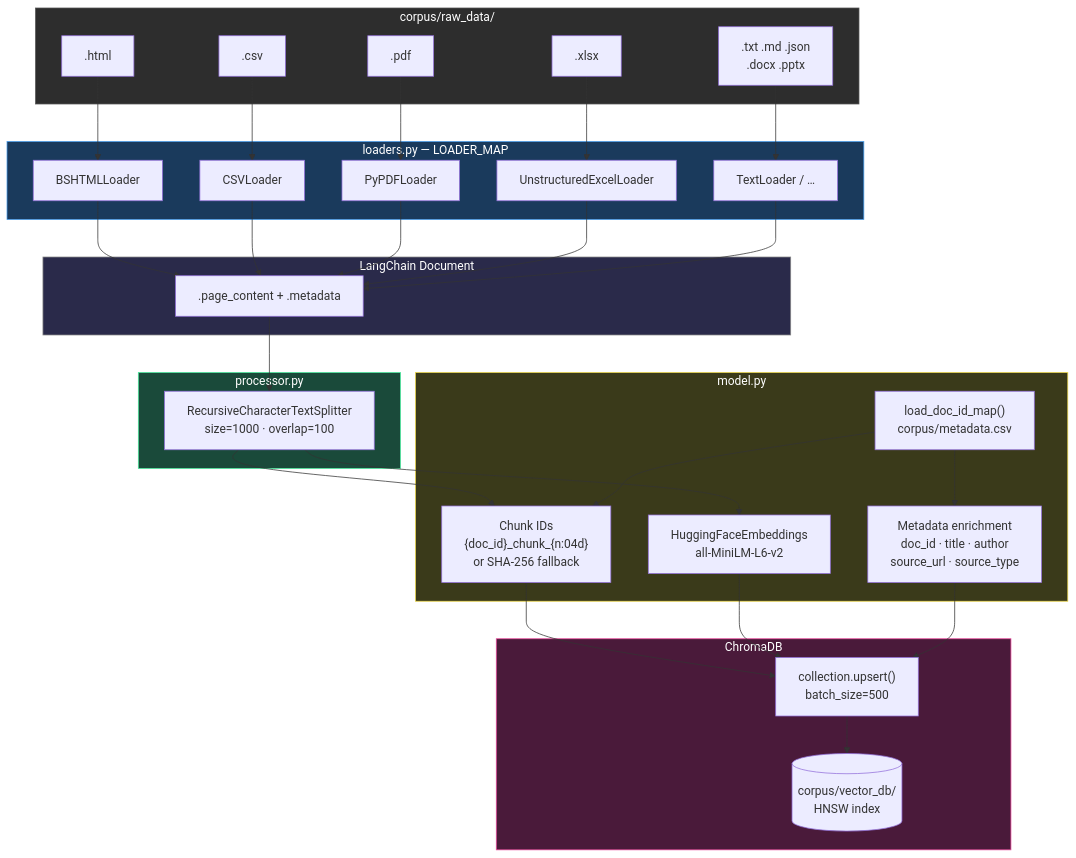
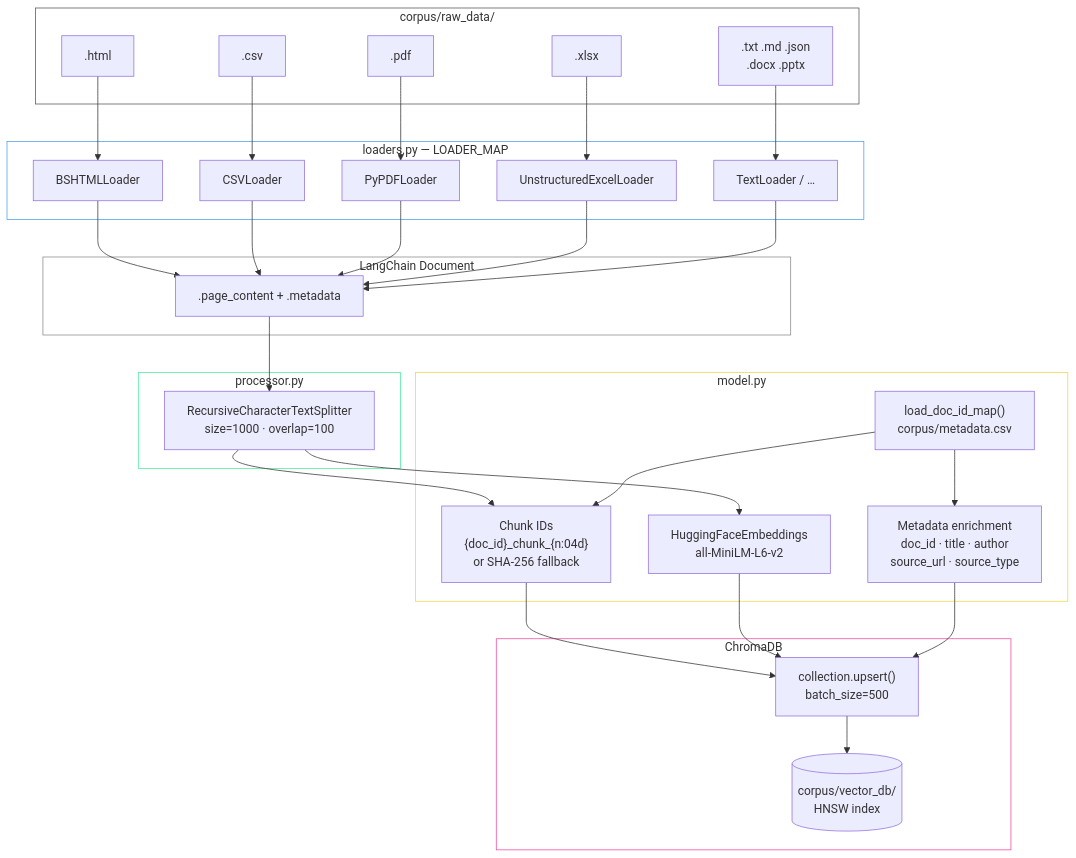
One commit to garthmortensen/rag_v1 changed the fourth of 5 diagrams in docs/architecture.md. Above: the diagram before and after it, drawn with Mermaid. The commit also changed other lines of this file and 15 other files, not shown here.

````diff
--- a/docs/architecture.md
+++ b/docs/architecture.md
@@ -285,67 +285,67 @@
 ```mermaid
 graph TD
     subgraph Input["corpus/raw_data/"]
         HTML[".html"]
         CSVF[".csv"]
         PDF[".pdf"]
         XLSX[".xlsx"]
         OTHER[".txt .md .json<br/>.docx .pptx"]
     end
 
     subgraph Loaders["loaders.py — LOADER_MAP"]
         BS4["BSHTMLLoader"]
         CL["CSVLoader"]
         PY["PyPDFLoader"]
         XL["UnstructuredExcelLoader"]
         OL["TextLoader / …"]
     end
 
     subgraph Documents["LangChain Document"]
         DOC[".page_content + .metadata"]
     end
 
     subgraph Chunking["processor.py"]
         SPLIT["RecursiveCharacterTextSplitter<br/>size=1000 · overlap=100"]
     end
 
     subgraph Embedding["model.py"]
         META2["load_doc_id_map()<br/>corpus/metadata.csv"]
         IDS["Chunk IDs<br/>{doc_id}_chunk_{n:04d}<br/>or SHA-256 fallback"]
         EMB["HuggingFaceEmbeddings<br/>all-MiniLM-L6-v2"]
         ENRICH["Metadata enrichment<br/>doc_id · title · author<br/>source_url · source_type"]
     end
 
     subgraph Storage["ChromaDB"]
         UPSERT["collection.upsert()<br/>batch_size=500"]
         DB[("corpus/vector_db/<br/>HNSW index")]
     end
 
     HTML --> BS4
     CSVF --> CL
     PDF --> PY
     XLSX --> XL
     OTHER --> OL
 
     BS4 --> DOC
     CL --> DOC
     PY --> DOC
     XL --> DOC
     OL --> DOC
 
     DOC --> SPLIT
     SPLIT --> IDS
     META2 --> IDS
     META2 --> ENRICH
     SPLIT --> EMB
     IDS --> UPSERT
     EMB --> UPSERT
     ENRICH --> UPSERT
     UPSERT --> DB
 
-    style Input fill:#2d2d2d,stroke:#555,color:#fff
-    style Loaders fill:#1a3a5c,stroke:#4a9eed,color:#fff
-    style Documents fill:#2a2a4a,stroke:#888,color:#fff
-    style Chunking fill:#1a4a3a,stroke:#4aed9e,color:#fff
-    style Embedding fill:#3a3a1a,stroke:#edd74a,color:#fff
-    style Storage fill:#4a1a3a,stroke:#ed4a9e,color:#fff
+    style Input fill:none,stroke:#555
+    style Loaders fill:none,stroke:#4a9eed
+    style Documents fill:none,stroke:#888
+    style Chunking fill:none,stroke:#4aed9e
+    style Embedding fill:none,stroke:#edd74a
+    style Storage fill:none,stroke:#ed4a9e
 ```
````
